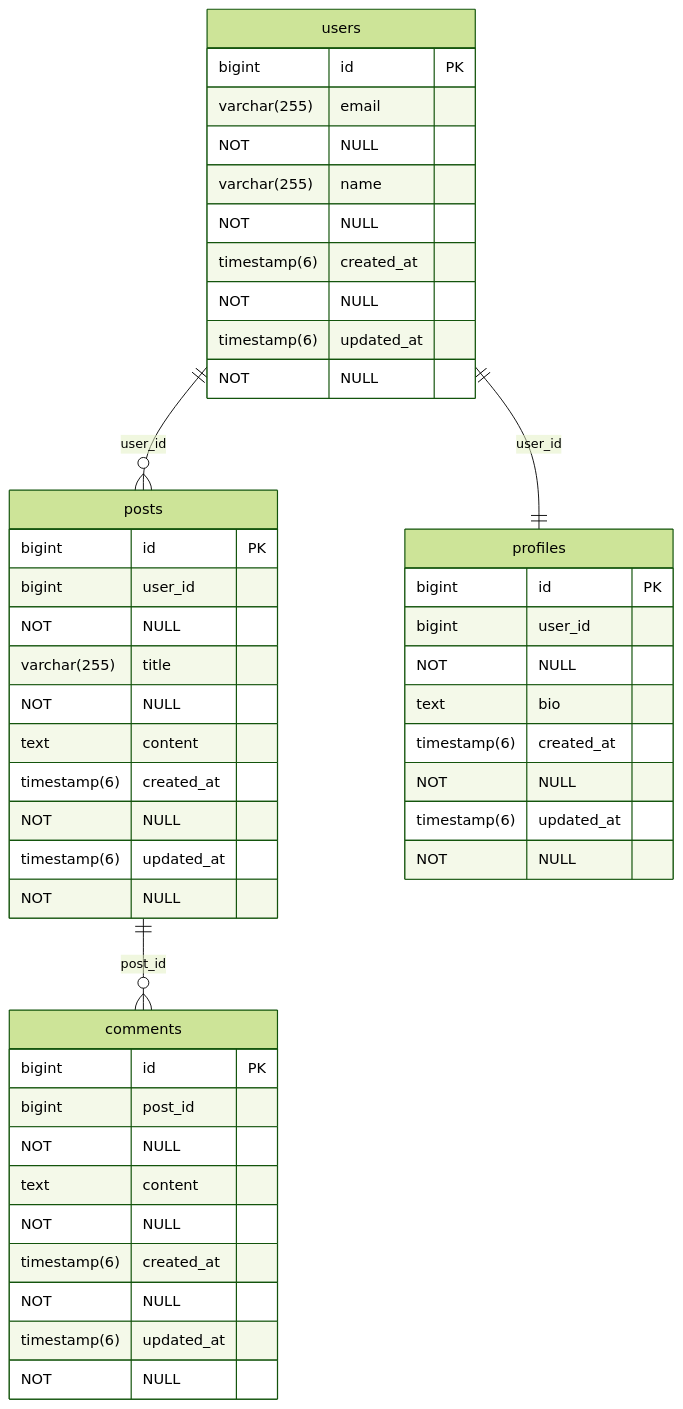
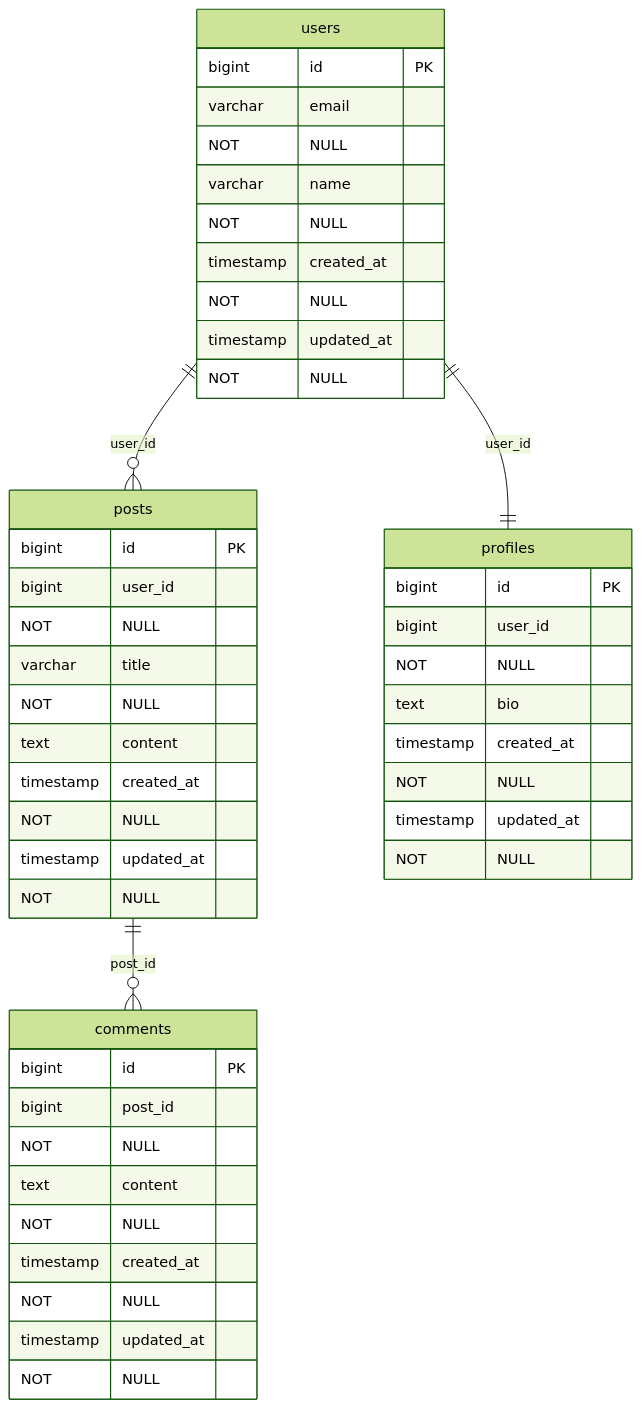
One commit to delexw/mermaid_rails_erd changed the diagram in README.md. Above: the diagram before and after it, drawn with Mermaid (forest theme). The commit also changed other lines of this file and 9 other files, not shown here.

First line of the commit message:
Enhance polymorphic association handling in Rails Mermaid ERD generator

````diff
--- a/README.md
+++ b/README.md
@@ -124,39 +125,39 @@
 ```mermaid
 erDiagram
   users {
     bigint id PK
-    varchar(255) email NOT NULL
-    varchar(255) name NOT NULL
-    timestamp(6) created_at NOT NULL
-    timestamp(6) updated_at NOT NULL
+    varchar email NOT NULL
+    varchar name NOT NULL
+    timestamp created_at NOT NULL
+    timestamp updated_at NOT NULL
   }
   
   posts {
     bigint id PK
     bigint user_id NOT NULL
-    varchar(255) title NOT NULL
+    varchar title NOT NULL
     text content
-    timestamp(6) created_at NOT NULL
-    timestamp(6) updated_at NOT NULL
+    timestamp created_at NOT NULL
+    timestamp updated_at NOT NULL
   }
   
   comments {
     bigint id PK
     bigint post_id NOT NULL
     text content NOT NULL
-    timestamp(6) created_at NOT NULL
-    timestamp(6) updated_at NOT NULL
+    timestamp created_at NOT NULL
+    timestamp updated_at NOT NULL
   }
   
   profiles {
     bigint id PK
     bigint user_id NOT NULL
     text bio
-    timestamp(6) created_at NOT NULL
-    timestamp(6) updated_at NOT NULL
+    timestamp created_at NOT NULL
+    timestamp updated_at NOT NULL
   }
   
   users ||--o{ posts : "user_id"
   posts ||--o{ comments : "post_id"
   users ||--|| profiles : "user_id"
 ```
````
